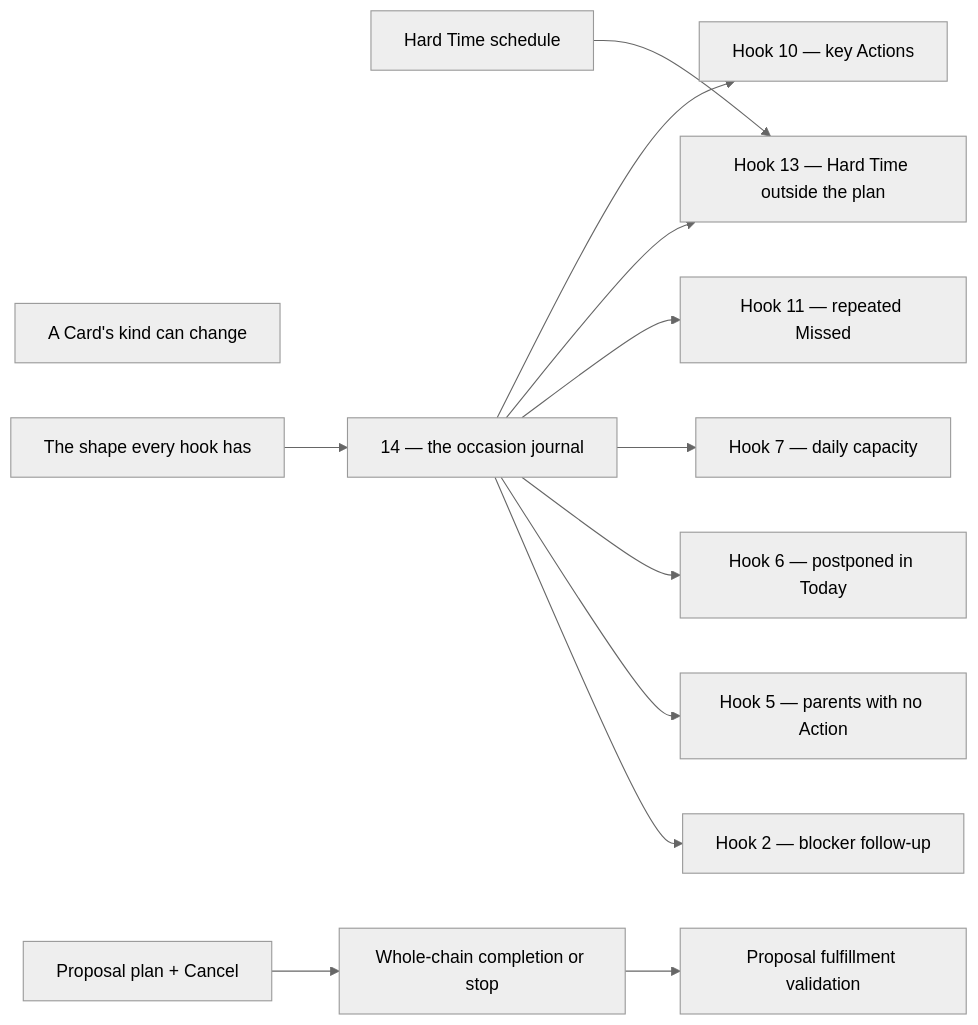
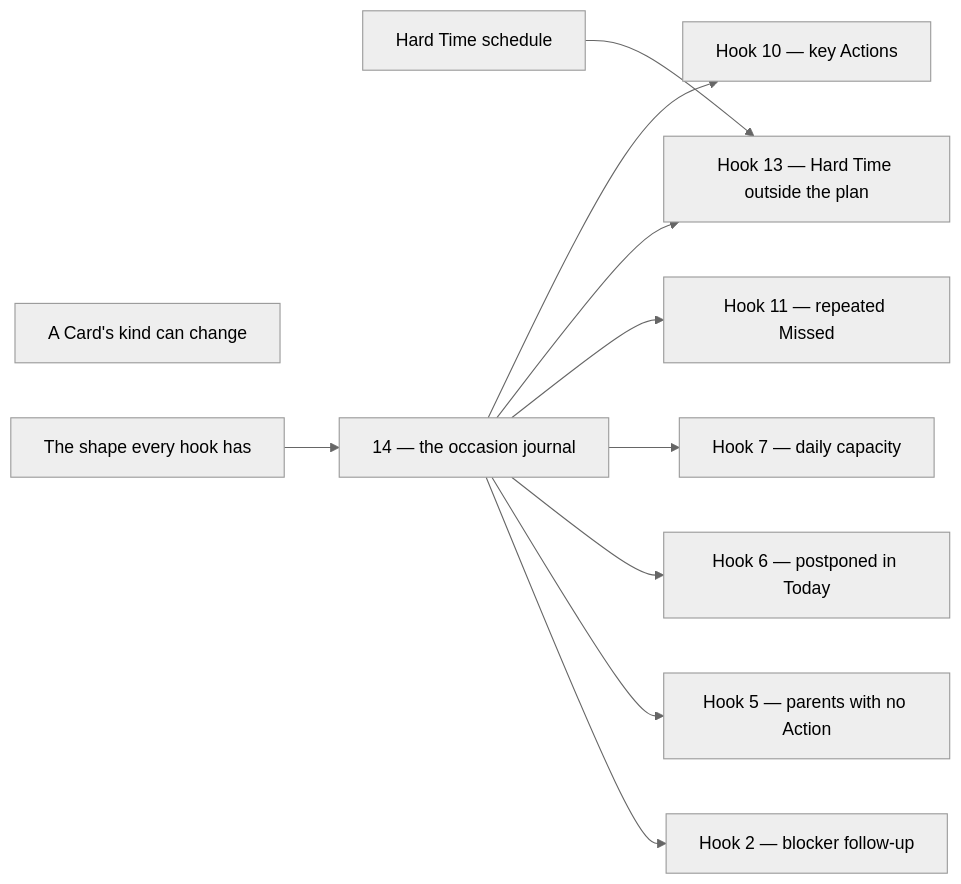
One commit to myvaheed/tg-ai-safwa changed the diagram in docs/PLAN_FEATURES.md. Above: the diagram before and after it, drawn with Mermaid (neutral theme). The commit also changed other lines of this file and 20 other files, not shown here.

````diff
--- a/docs/PLAN_FEATURES.md
+++ b/docs/PLAN_FEATURES.md
@@ -164,18 +138,16 @@
 ```mermaid
 flowchart LR
   kind["A Card's kind can change"]
   h5["Hook 5 — parents with no Action"]
   h7["Hook 7 — daily capacity"]
   hardtime["Hard Time schedule"] --> h13["Hook 13 — Hard Time outside the plan"]
   h10["Hook 10 — key Actions"]
   shape["The shape every hook has"] --> journal
   journal["14 — the occasion journal"] --> h2["Hook 2 — blocker follow-up"]
   journal --> h5
   journal --> h6["Hook 6 — postponed in Today"]
   journal --> h7
   journal --> h11["Hook 11 — repeated Missed"]
   journal --> h13
   journal --> h10
-  preparation["Proposal plan + Cancel"] --> termination["Whole-chain completion or stop"]
-  termination --> validator["Proposal fulfillment validation"]
 ```
````
